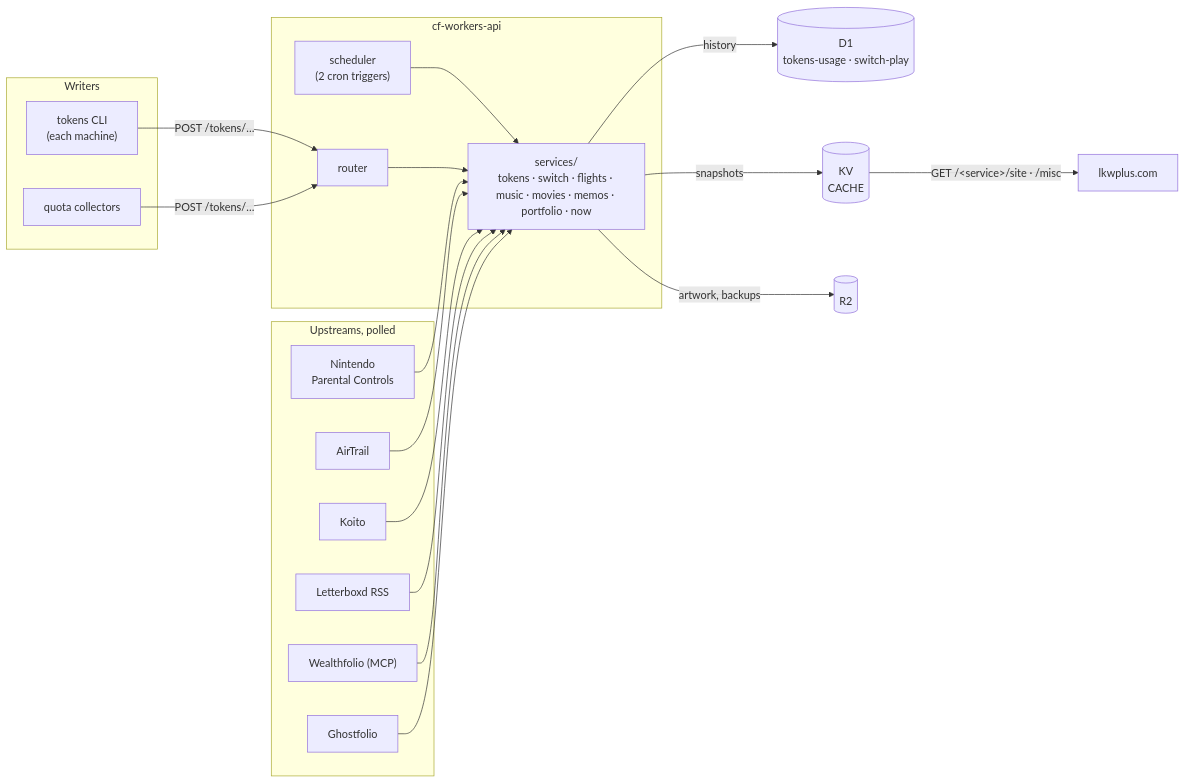
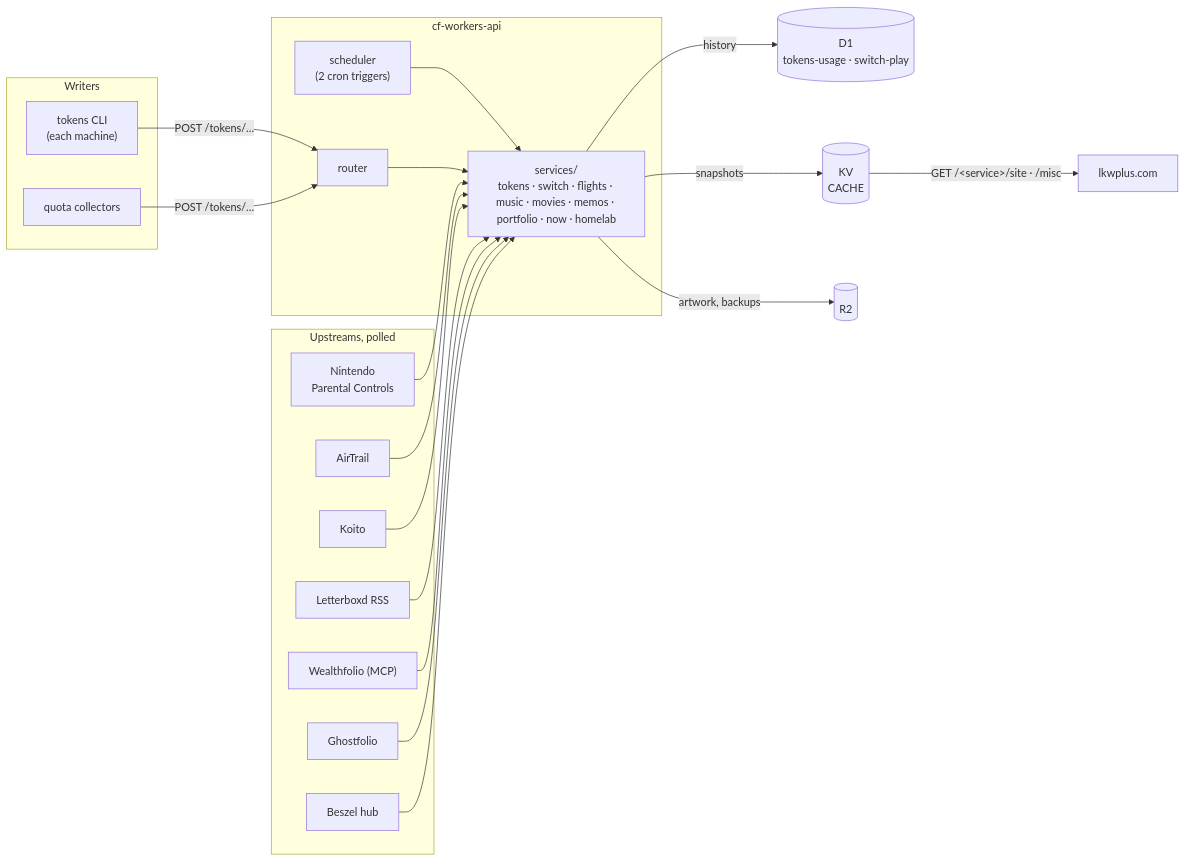
Before and after one commit to synthpop123/cf-workers-api: the diagram in README.md, drawn with Mermaid. The commit also changed other lines of this file and 16 other files, not shown here.

First line of the commit message:
feat(homelab): the two hosts and their containers' health, from Beszel

````diff
--- a/README.md
+++ b/README.md
@@ -10,28 +10,29 @@
 ```mermaid
 flowchart LR
   subgraph writers[Writers]
     CLI["tokens CLI<br/>(each machine)"]
     Collectors["quota collectors"]
   end
   subgraph upstreams[Upstreams, polled]
     Nintendo["Nintendo<br/>Parental Controls"]
     AirTrail["AirTrail"]
     Koito["Koito"]
     Letterboxd["Letterboxd RSS"]
     Wealthfolio["Wealthfolio (MCP)"]
     Ghostfolio["Ghostfolio"]
+    Beszel["Beszel hub"]
   end
   subgraph worker[cf-workers-api]
     Router["router"]
     Scheduler["scheduler<br/>(2 cron triggers)"]
-    Services["services/<br/>tokens · switch · flights · music · movies · memos · portfolio · now"]
+    Services["services/<br/>tokens · switch · flights · music · movies · memos · portfolio · now · homelab"]
   end
   CLI & Collectors -->|POST /tokens/…| Router
   Scheduler --> Services
   Router --> Services
   Services -->|history| D1[("D1<br/>tokens-usage · switch-play")]
   Services -->|snapshots| KV[("KV<br/>CACHE")]
   Services -->|artwork, backups| R2[("R2")]
-  Nintendo & AirTrail & Koito & Letterboxd & Wealthfolio & Ghostfolio --> Services
+  Nintendo & AirTrail & Koito & Letterboxd & Wealthfolio & Ghostfolio & Beszel --> Services
   KV -->|"GET /&lt;service&gt;/site · /misc"| Site["lkwplus.com"]
 ```
````
